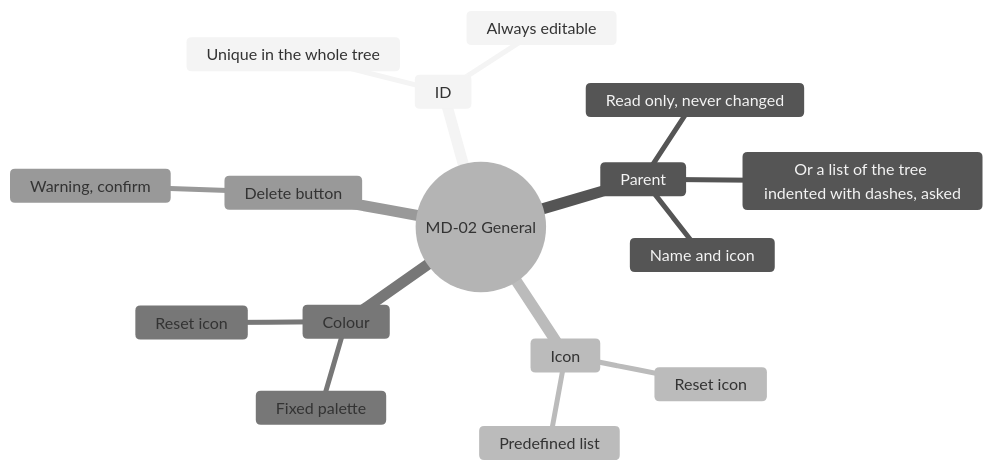
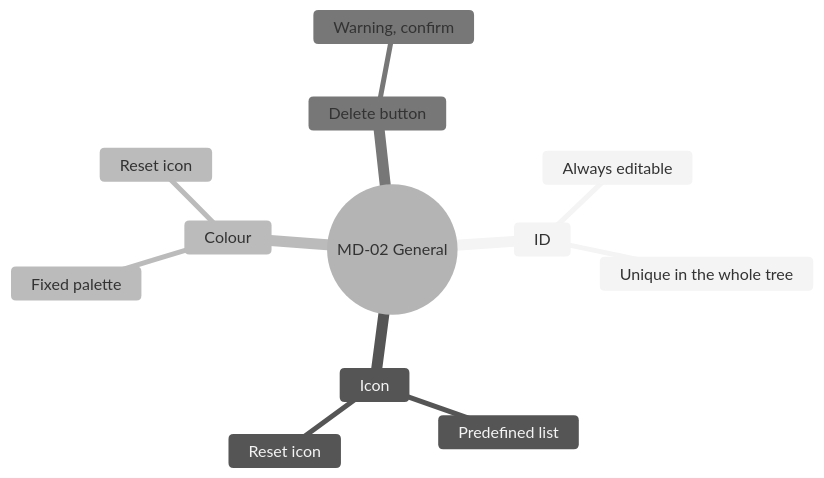
The third of 16 diagrams in screens/metadata.md (AlexandreGallais/synoptic-studio-spec), drawn with Mermaid (neutral theme) before and after one commit. The commit also changed other lines of this file and 2 other files, not shown here.

Commit message:
docs(metadata): drop the parent from general and fix swapped icon colours
- metadata/draft: General holds the ID, the icon and the colour only; the
  parent stays fixed at creation and is shown by the tree only
- metadata/draft: the question of a parent chosen in a list is closed
- screens/metadata: MD-02.4 Parent removed, mind map updated
- 05-figma-file: an icon swapped into a button takes its variant's colour
  on every line

````diff
--- a/screens/metadata.md
+++ b/screens/metadata.md
@@ -87,19 +87,15 @@
 ```mermaid
 mindmap
   root((MD-02 General))
     ID
       Always editable
       Unique in the whole tree
-    Parent
-      Name and icon
-      Read only, never changed
-      Or a list of the tree indented with dashes, asked
     Icon
       Predefined list
       Reset icon
     Colour
       Fixed palette
       Reset icon
     Delete button
       Warning, confirm
 ```
````
